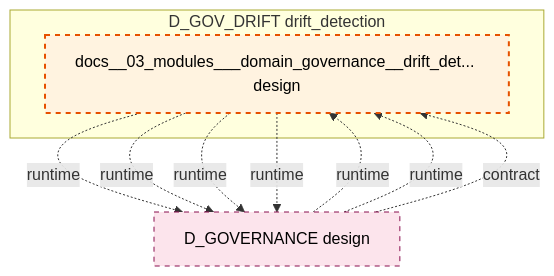
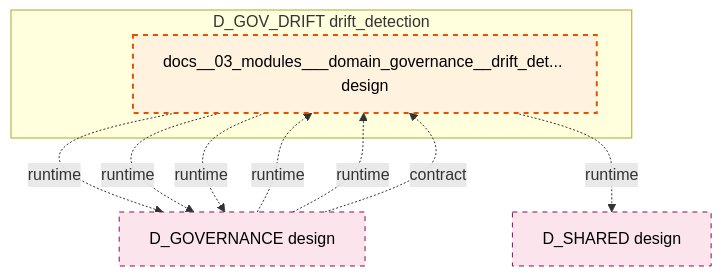
One commit to xuanFelixVan/ZephyrAlpha changed the diagram in docs/02_enterprise_architecture/02_domain_architecture_docs/34_d_gov_drift.md. Above: the diagram before and after it, drawn with Mermaid. The commit also changed other lines of this file and 85 other files, not shown here.

````diff
--- a/docs/02_enterprise_architecture/02_domain_architecture_docs/34_d_gov_drift.md
+++ b/docs/02_enterprise_architecture/02_domain_architecture_docs/34_d_gov_drift.md
@@ -47,20 +47,21 @@
 ```mermaid
 graph TD
     subgraph D_GOV_DRIFT["D_GOV_DRIFT drift_detection"]
         docs_03_modules_domain_governance_drift_detector_blueprint_md["docs__03_modules___domain_governance__drift_det... design"]
     end
     D_GOVERNANCE["D_GOVERNANCE design"]
     docs_03_modules_domain_governance_drift_detector_blueprint_md -.->|runtime| D_GOVERNANCE
     docs_03_modules_domain_governance_drift_detector_blueprint_md -.->|runtime| D_GOVERNANCE
     docs_03_modules_domain_governance_drift_detector_blueprint_md -.->|runtime| D_GOVERNANCE
-    docs_03_modules_domain_governance_drift_detector_blueprint_md -.->|runtime| D_GOVERNANCE
+    D_SHARED["D_SHARED design"]
+    docs_03_modules_domain_governance_drift_detector_blueprint_md -.->|runtime| D_SHARED
     D_GOVERNANCE -.->|runtime| docs_03_modules_domain_governance_drift_detector_blueprint_md
     D_GOVERNANCE -.->|runtime| docs_03_modules_domain_governance_drift_detector_blueprint_md
     D_GOVERNANCE -.->|contract| docs_03_modules_domain_governance_drift_detector_blueprint_md
     classDef production fill:#e1f5fe,stroke:#01579b,stroke-width:2px,color:#000
     classDef design fill:#fff3e0,stroke:#e65100,stroke-width:2px,color:#000,stroke-dasharray: 5 5
     classDef external_prod fill:#e8f5e9,stroke:#1b5e20,stroke-width:1px,color:#000
     classDef external_design fill:#fce4ec,stroke:#880e4f,stroke-width:1px,color:#000,stroke-dasharray: 5 5
     class docs_03_modules_domain_governance_drift_detector_blueprint_md design
-    class D_GOVERNANCE external_design
+    class D_GOVERNANCE,D_SHARED external_design
 ```
````
